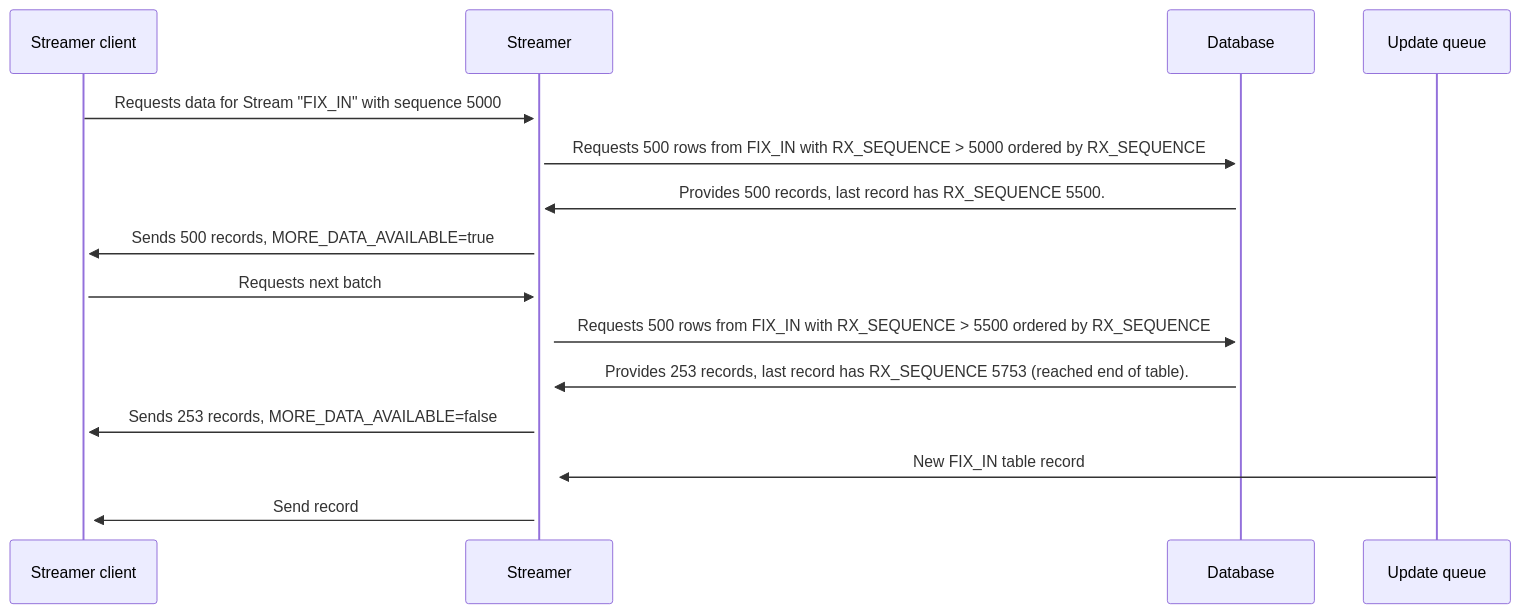
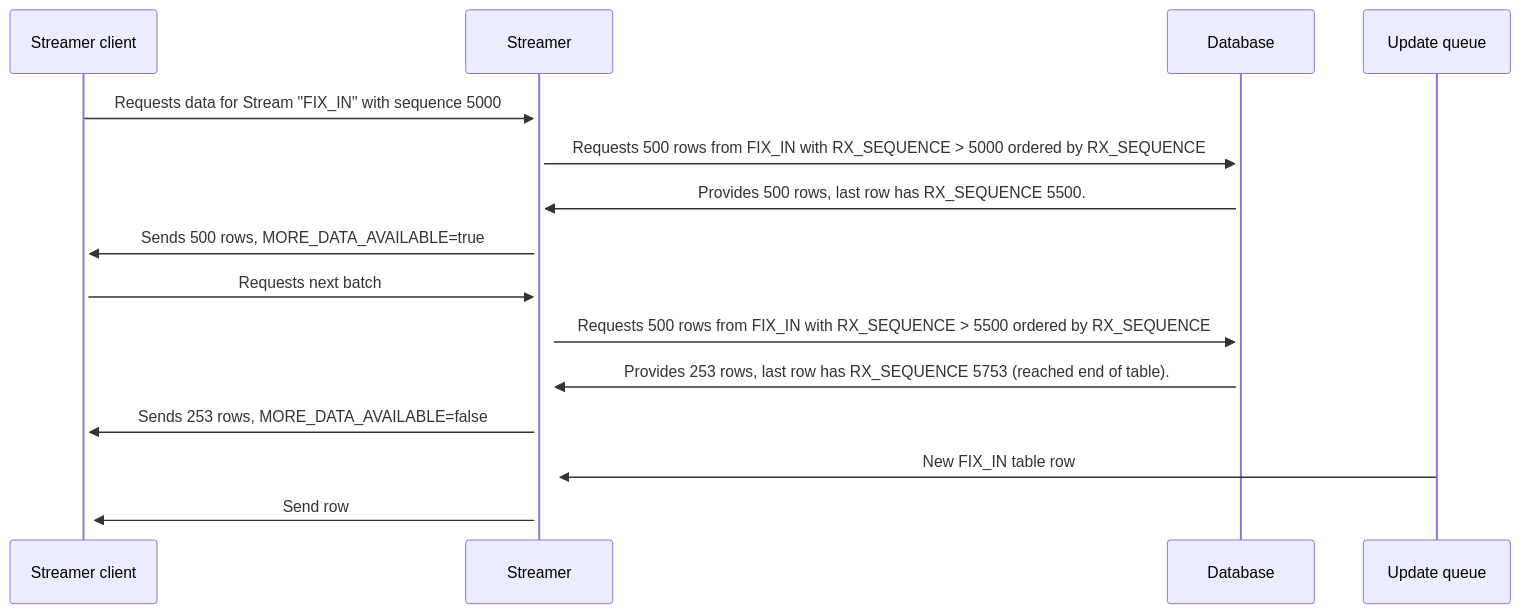
One commit to genesiscommunitysuccess/docs changed the diagram in docs/001_develop/02_server-capabilities/011_integrations/02_streamer-apis/01_streamer/index.mdx. Above: the diagram before and after it, drawn with Mermaid. The commit also changed other lines of this file and 2 other files, not shown here.

Commit message:
add streamer client docs, fix broken links in fix-xlator, rework some bits in streamer docs

````diff
--- a/docs/001_develop/02_server-capabilities/011_integrations/02_streamer-apis/01_streamer/index.mdx
+++ b/docs/001_develop/02_server-capabilities/011_integrations/02_streamer-apis/01_streamer/index.mdx
@@ -92,13 +92,13 @@
 ```mermaid
 sequenceDiagram
 Streamer client->>+Streamer: Requests data for Stream "FIX_IN" with sequence 5000
 Streamer->>+Database: Requests 500 rows from FIX_IN with RX_SEQUENCE > 5000 ordered by RX_SEQUENCE
-Database->>+Streamer: Provides 500 records, last record has RX_SEQUENCE 5500.
-Streamer->>+Streamer client: Sends 500 records, MORE_DATA_AVAILABLE=true
+Database->>+Streamer: Provides 500 rows, last row has RX_SEQUENCE 5500.
+Streamer->>+Streamer client: Sends 500 rows, MORE_DATA_AVAILABLE=true
 Streamer client->>+Streamer: Requests next batch
 Streamer->>+Database: Requests 500 rows from FIX_IN with RX_SEQUENCE > 5500 ordered by RX_SEQUENCE
-Database->>+Streamer: Provides 253 records, last record has RX_SEQUENCE 5753 (reached end of table).
-Streamer->>+Streamer client: Sends 253 records, MORE_DATA_AVAILABLE=false
-Update queue->>+Streamer: New FIX_IN table record
-Streamer->>+Streamer client: Send record
+Database->>+Streamer: Provides 253 rows, last row has RX_SEQUENCE 5753 (reached end of table).
+Streamer->>+Streamer client: Sends 253 rows, MORE_DATA_AVAILABLE=false
+Update queue->>+Streamer: New FIX_IN table row
+Streamer->>+Streamer client: Send row
 ```
````
